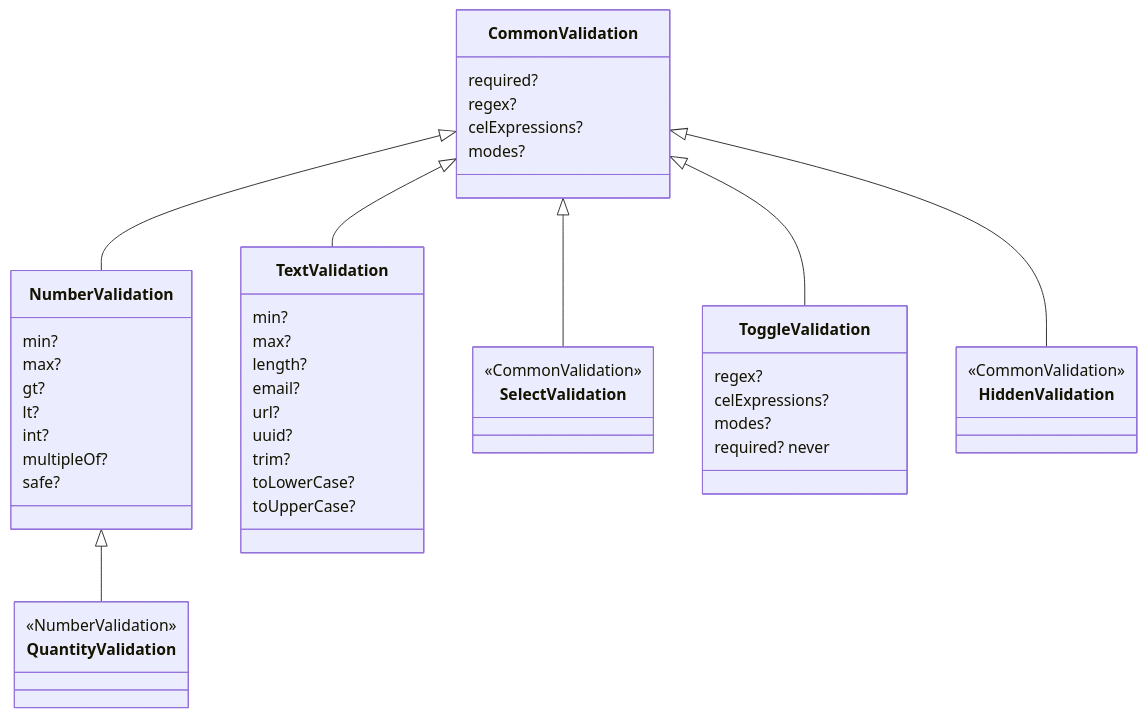
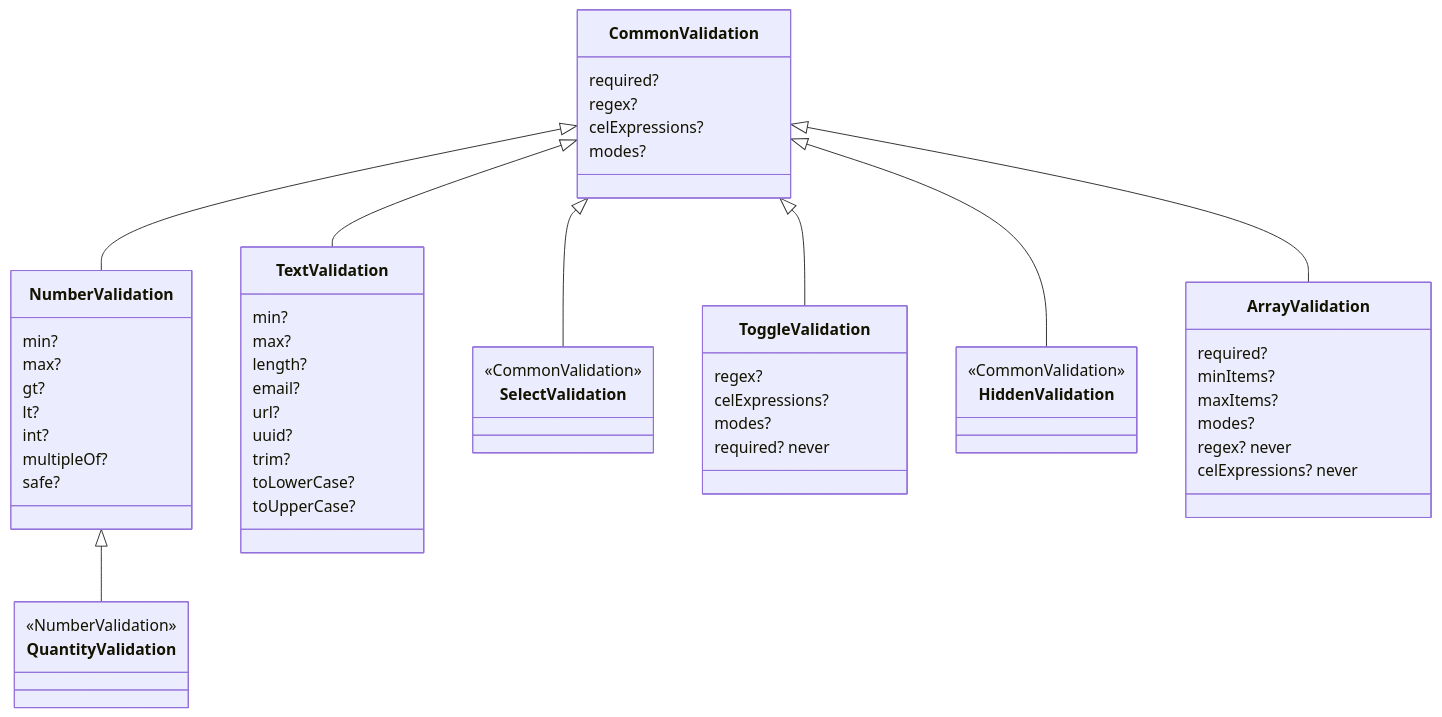
One commit to openeverest/openeverest changed the seventh of 7 diagrams in docs/ui/architecture/ui-generator/schema-reference.md. Above: the diagram before and after it, drawn with Mermaid. The commit also changed other lines of this file and 28 other files, not shown here.

````diff
--- a/docs/ui/architecture/ui-generator/schema-reference.md
+++ b/docs/ui/architecture/ui-generator/schema-reference.md
@@ -180,50 +204,59 @@
 ```mermaid
 classDiagram
   class CommonValidation {
     required?
     regex?
     celExpressions?
     modes?
   }
   class NumberValidation {
     min?
     max?
     gt?
     lt?
     int?
     multipleOf?
     safe?
   }
   class QuantityValidation {
     <<NumberValidation>>
   }
   class TextValidation {
     min?
     max?
     length?
     email?
     url?
     uuid?
     trim?
     toLowerCase?
     toUpperCase?
   }
   class SelectValidation {
     <<CommonValidation>>
   }
   class ToggleValidation {
     regex?
     celExpressions?
     modes?
     required? never
   }
   class HiddenValidation {
     <<CommonValidation>>
   }
+  class ArrayValidation {
+    required?
+    minItems?
+    maxItems?
+    modes?
+    regex? never
+    celExpressions? never
+  }
   CommonValidation <|-- NumberValidation
   NumberValidation <|-- QuantityValidation
   CommonValidation <|-- TextValidation
   CommonValidation <|-- SelectValidation
   CommonValidation <|-- ToggleValidation
   CommonValidation <|-- HiddenValidation
+  CommonValidation <|-- ArrayValidation
 ```
````
